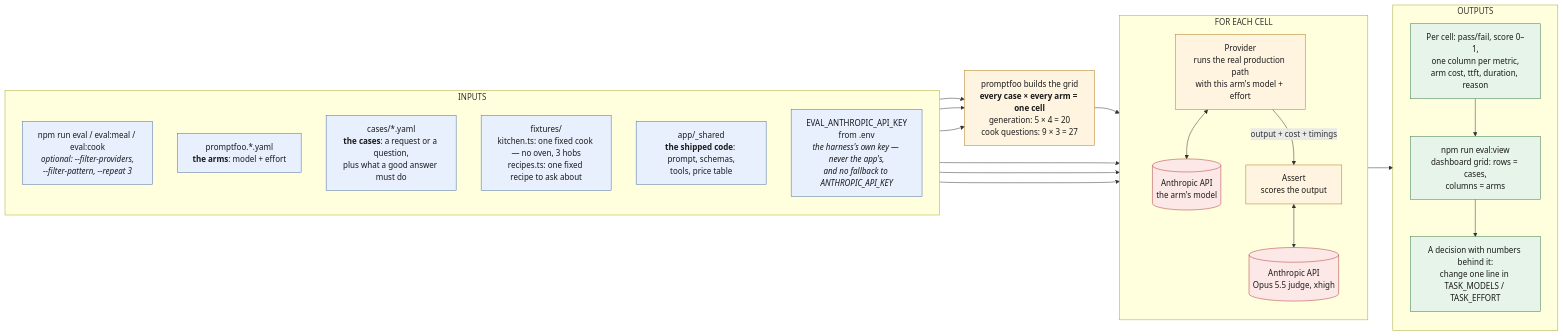
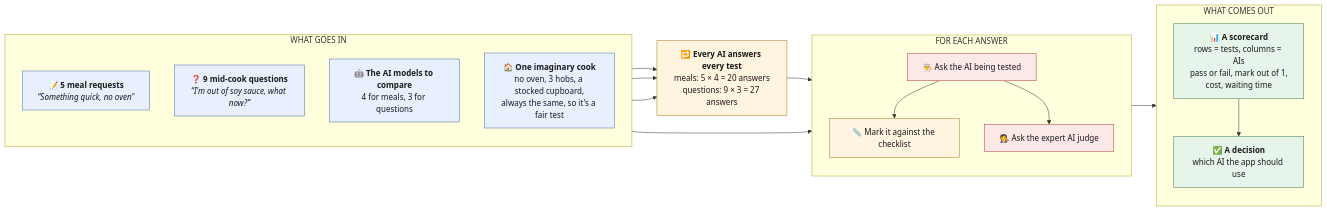
Before and after one commit to onedeeper/CookingOsEval: the first of 4 diagrams in evals/DIAGRAM.md, drawn with Mermaid. The commit also changed other lines of this file and 1 other file, not shown here.

First line of the commit message:
Make the diagrams readable without a programming background

````diff
--- a/evals/DIAGRAM.md
+++ b/evals/DIAGRAM.md
@@ -13,51 +19,44 @@
 ```mermaid
 flowchart LR
-    subgraph IN["INPUTS"]
+    subgraph IN["WHAT GOES IN"]
         direction TB
-        CMD["npm run eval / eval:meal / eval:cook<br/><i>optional: --filter-providers,<br/>--filter-pattern, --repeat 3</i>"]
-        CFG["promptfoo.*.yaml<br/><b>the arms</b>: model + effort"]
-        CASES["cases/*.yaml<br/><b>the cases</b>: a request or a question,<br/>plus what a good answer must do"]
-        FIX["fixtures/<br/>kitchen.ts: one fixed cook — no oven, 3 hobs<br/>recipes.ts: one fixed recipe to ask about"]
-        SHARED["app/_shared<br/><b>the shipped code</b>: prompt, schemas,<br/>tools, price table"]
-        KEY["EVAL_ANTHROPIC_API_KEY<br/>from .env<br/><i>the harness's own key — never the app's,<br/>and no fallback to ANTHROPIC_API_KEY</i>"]
+        T1["📝 <b>5 meal requests</b><br/><i>“Something quick, no oven”</i>"]
+        T2["❓ <b>9 mid-cook questions</b><br/><i>“I'm out of soy sauce, what now?”</i>"]
+        AI["🤖 <b>The AI models to compare</b><br/>4 for meals, 3 for questions"]
+        COOK["🏠 <b>One imaginary cook</b><br/>no oven, 3 hobs, a stocked cupboard,<br/>always the same, so it's a fair test"]
     end
 
-    GRID["promptfoo builds the grid<br/><b>every case × every arm = one cell</b><br/>generation: 5 × 4 = 20<br/>cook questions: 9 × 3 = 27"]
+    GRID["🔁 <b>Every AI answers every test</b><br/>meals: 5 × 4 = 20 answers<br/>questions: 9 × 3 = 27 answers"]
 
-    subgraph CELL["FOR EACH CELL"]
+    subgraph EACH["FOR EACH ANSWER"]
         direction TB
-        PROV["Provider<br/>runs the real production path<br/>with this arm's model + effort"]
-        API[("Anthropic API<br/>the arm's model")]
-        ASSERT["Assert<br/>scores the output"]
-        JUDGE[("Anthropic API<br/>Opus 5.5 judge, xhigh")]
-        PROV <--> API
-        PROV -- "output + cost + timings" --> ASSERT
-        ASSERT <--> JUDGE
+        ASK["👨‍🍳 Ask the AI being tested"]
+        MARK["📏 Mark it against the checklist"]
+        JUDGE["🧑‍⚖️ Ask the expert AI judge"]
+        ASK --> MARK
+        ASK --> JUDGE
     end
 
-    subgraph OUT["OUTPUTS"]
+    subgraph OUT["WHAT COMES OUT"]
         direction TB
-        ROW["Per cell: pass/fail, score 0–1,<br/>one column per metric,<br/>arm cost, ttft, duration, reason"]
-        DASH["npm run eval:view<br/>dashboard grid: rows = cases,<br/>columns = arms"]
-        DECIDE["A decision with numbers behind it:<br/>change one line in TASK_MODELS / TASK_EFFORT"]
-        ROW --> DASH --> DECIDE
+        CARD["📊 <b>A scorecard</b><br/>rows = tests, columns = AIs<br/>pass or fail, mark out of 1,<br/>cost, waiting time"]
+        DECIDE["✅ <b>A decision</b><br/>which AI the app should use"]
+        CARD --> DECIDE
     end
 
-    CMD --> GRID
-    CFG --> GRID
-    CASES --> GRID
-    GRID --> PROV
-    FIX --> PROV
-    SHARED --> PROV
-    KEY --> PROV
-    ASSERT --> ROW
+    T1 --> GRID
+    T2 --> GRID
+    AI --> GRID
+    COOK --> EACH
+    GRID --> EACH
+    EACH --> CARD
 
     classDef input fill:#e8f0fe,stroke:#4a6fa5,color:#1a1a1a
     classDef step fill:#fff4e0,stroke:#b07a1f,color:#1a1a1a
     classDef paid fill:#fde8e8,stroke:#b03a3a,color:#1a1a1a
     classDef output fill:#e6f4ea,stroke:#3a7d4a,color:#1a1a1a
-    class CMD,CFG,CASES,FIX,SHARED,KEY input
-    class GRID,PROV,ASSERT step
-    class API,JUDGE paid
-    class ROW,DASH,DECIDE output
+    class T1,T2,AI,COOK input
+    class GRID,MARK step
+    class ASK,JUDGE paid
+    class CARD,DECIDE output
 ```
````
